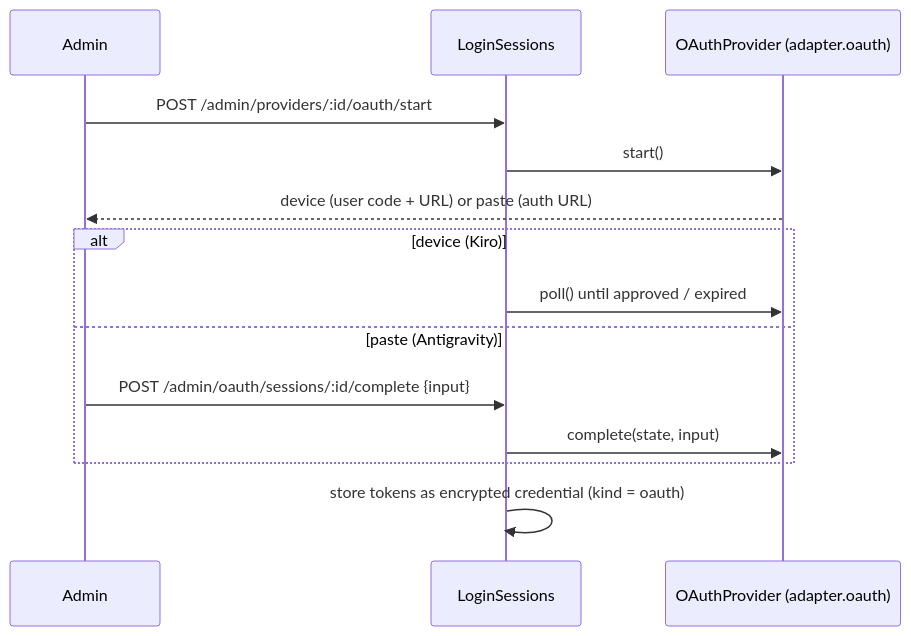
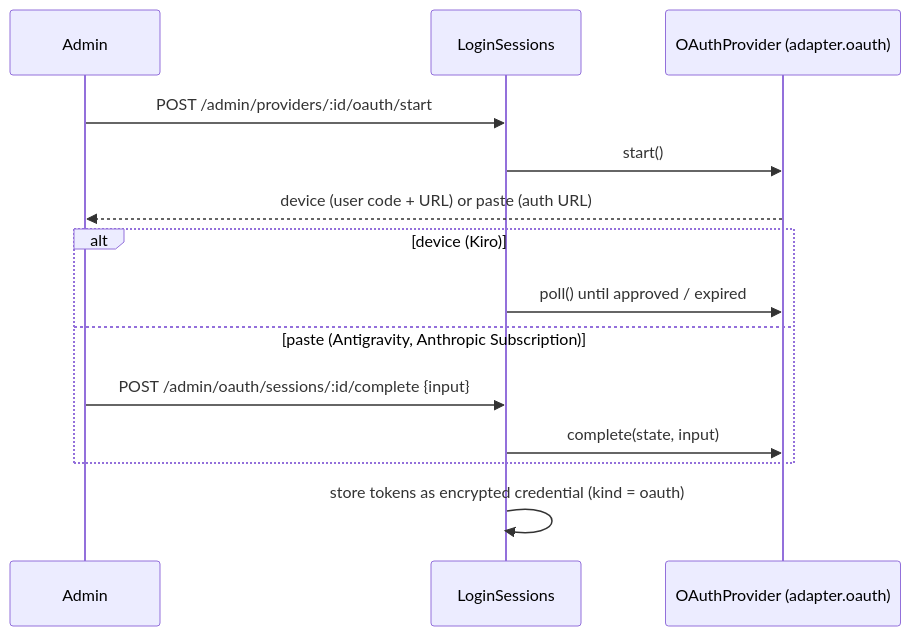
One commit to pp-techs/pp-ai-router changed the diagram in docs/architecture/provider-adapters.md. Above: the diagram before and after it, drawn with Mermaid. The commit also changed other lines of this file and 20 other files, not shown here.

Commit message:
feat(server): anthropic subscription provider (Claude Pro/Max OAuth)

````diff
--- a/docs/architecture/provider-adapters.md
+++ b/docs/architecture/provider-adapters.md
@@ -27,16 +30,16 @@
 ```mermaid
 sequenceDiagram
   participant Admin
   participant LS as LoginSessions
   participant OP as OAuthProvider (adapter.oauth)
   Admin->>LS: POST /admin/providers/:id/oauth/start
   LS->>OP: start()
   OP-->>Admin: device (user code + URL) or paste (auth URL)
   alt device (Kiro)
     LS->>OP: poll() until approved / expired
-  else paste (Antigravity)
+  else paste (Antigravity, Anthropic Subscription)
     Admin->>LS: POST /admin/oauth/sessions/:id/complete {input}
     LS->>OP: complete(state, input)
   end
   LS->>LS: store tokens as encrypted credential (kind = oauth)
 ```
````
